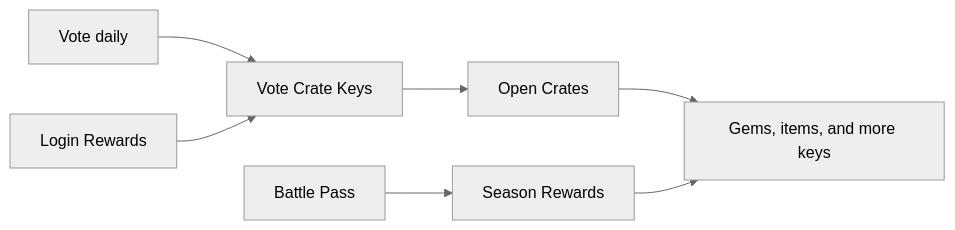
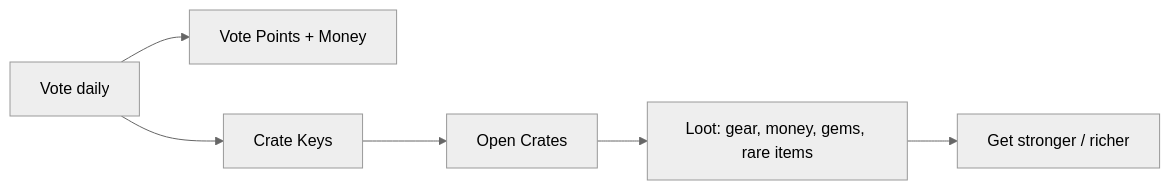
The diagram in docs/rewards/index.md (AntiS0ul/townify-docs), drawn with Mermaid (neutral theme) before and after one commit. The commit also changed other lines of this file and 26 other files, not shown here.

````diff
--- a/docs/rewards/index.md
+++ b/docs/rewards/index.md
@@ -23,9 +23,8 @@
 ```mermaid
 graph LR
-    V[Vote daily] --> K[Vote Crate Keys]
+    V[Vote daily] --> P[Vote Points + Money]
+    V --> K[Crate Keys]
     K --> C[Open Crates]
-    L[Login Rewards] --> K
-    B[Battle Pass] --> R[Season Rewards]
-    C --> G[Gems, items, and more keys]
-    R --> G
+    C --> L[Loot: gear, money, gems, rare items]
+    L --> G[Get stronger / richer]
 ```
````
